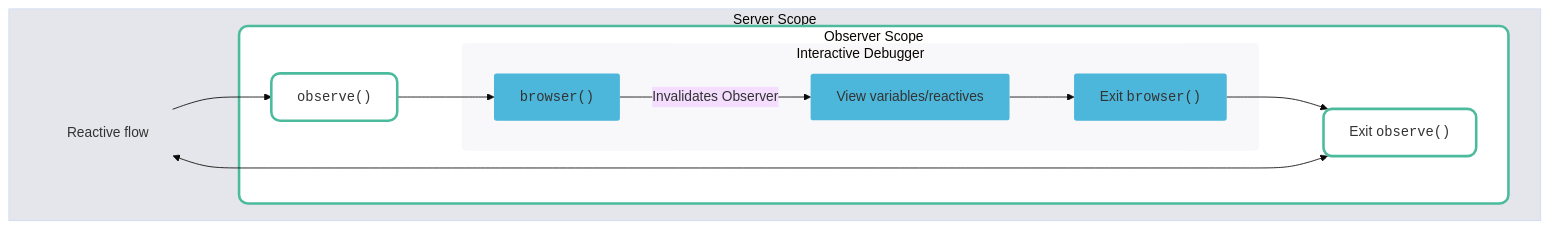
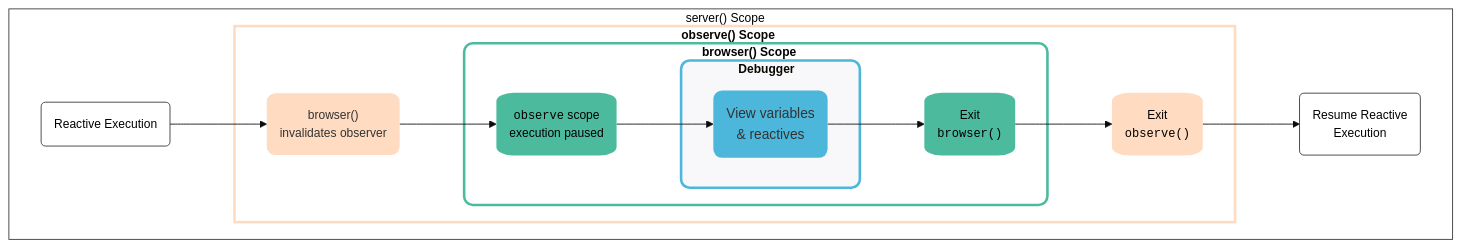
The third of 3 diagrams in debugger.qmd (mjfrigaard/shiny-app-pkgs), drawn with Mermaid before and after one commit. The commit also changed other lines of this file and 35 other files, not shown here.

````diff
--- a/debugger.qmd
+++ b/debugger.qmd
@@ -128,28 +184,44 @@
 ```{mermaid}
 %%| fig-align: center
+%%| fig-cap: 'Reacting `browser`ing in an `observe`er'
 %%{init: {'theme': 'base', 'themeVariables': { 'fontFamily': 'monospace'}}}%%
 flowchart TD
-subgraph Function["Server Scope"]
-    Fun["Reactive flow"] --> Obs["<code>observe()</code>"]
-    subgraph Observer["Observer Scope"]
-        Obs --> Browser["<code>browser()</code>"]
-        subgraph Debugger["Interactive Debugger"]
-        Browser -- Invalidates Observer --> View["View variables/reactives"]
-        View --> ExitBrowser["Exit <code>browser()</code>"]
+    subgraph Server["server() Scope"]
+        StartReact("Reactive Execution")
+        StartReact --> ObserveExecution("browser()</code><br>invalidates observer")
+        subgraph Observer["<strong>observe() Scope</strong>"]
+            ObserveExecution("browser()</code><br>invalidates observer")  
+            ObserveExecution --> Browser
+            subgraph Browse["<strong>browser() Scope</strong>"]
+                Browser("<code>observe</code> scope<br>execution paused")
+                Browser --> Step
+                subgraph Debugger["<strong>Debugger</strong>"]
+                    Step("View variables<br>& reactives")
+                end
+                    ExitBrowser("Exit<br><code>browser()</code>")
+                    Step --> ExitBrowser
+                
+            end
+                ExitObserver("Exit<br><code>observe()</code>")
+                ExitBrowser --> ExitObserver
         end
-        ExitBrowser --> ExitObserver["Exit <code>observe()</code>"]
+            ExitObserver --> EndReact("Resume Reactive<br>Execution")
+    
     end
-    Fun <--> ExitObserver
-end
 
-style Function fill:#E5E6EB
-style Fun fill:none,stroke:#E5E6EB,stroke-width:3px,rx:10,ry:10
-style Debugger fill:#F8F8FA,stroke:none,rx:5,ry:5
-style Observer fill:#FFFFFF,stroke:#4CBB9D,stroke-width:3px,rx:10,ry:10
-style Browser fill:#4CB7DB,stroke:none,rx:3,ry:3
-style View fill:#4CB7DB,stroke:none,rx:3,ry:3
-style ExitBrowser fill:#4CB7DB,stroke:none,rx:3,ry:3
-style Obs fill:#FFFFFF,stroke:#4CBB9D,stroke-width:3px,rx:10,ry:10
-style ExitObserver fill:#FFFFFF,stroke:#4CBB9D,stroke-width:3px,rx:10,ry:10
+    style Server fill:#FFF,color:#000,stroke:#333,font-size:14px
+    style StartReact fill:#FFF,color:#000,stroke:#333,font-size:14px
+    style EndReact fill:#FFF,color:#000,stroke:#333,font-size:14px
 
+    style Observer fill:#FFF,stroke:#FEDBC1,stroke-width:3px,font-size:14px
+    style ObserveExecution fill:#FEDBC1,stroke:none,rx:10,ry:10,font-size:14px
+    
+    style Browser fill:#4CBB9D,color:#000,stroke:none,rx:20,ry:10,font-size:14px
+    style Browse stroke:#4CBB9D,color:#000,fill:#FFF,stroke-width:3px,rx:10,ry:10,font-size:14px
+    
+    style Debugger fill:#F8F8FA,stroke:#4CB7DB,stroke-width:3px,rx:10,ry:10,font-size:14px
+    style Step fill:#4CB7DB,stroke:none,rx:10,ry:10
+
+    style ExitBrowser fill:#4CBB9D,color:#000,stroke:none,rx:20,ry:10,font-size:14px
+    style ExitObserver fill:#FEDBC1,color:#000,stroke:none,rx:20,ry:10,font-size:14px
 ```
````
